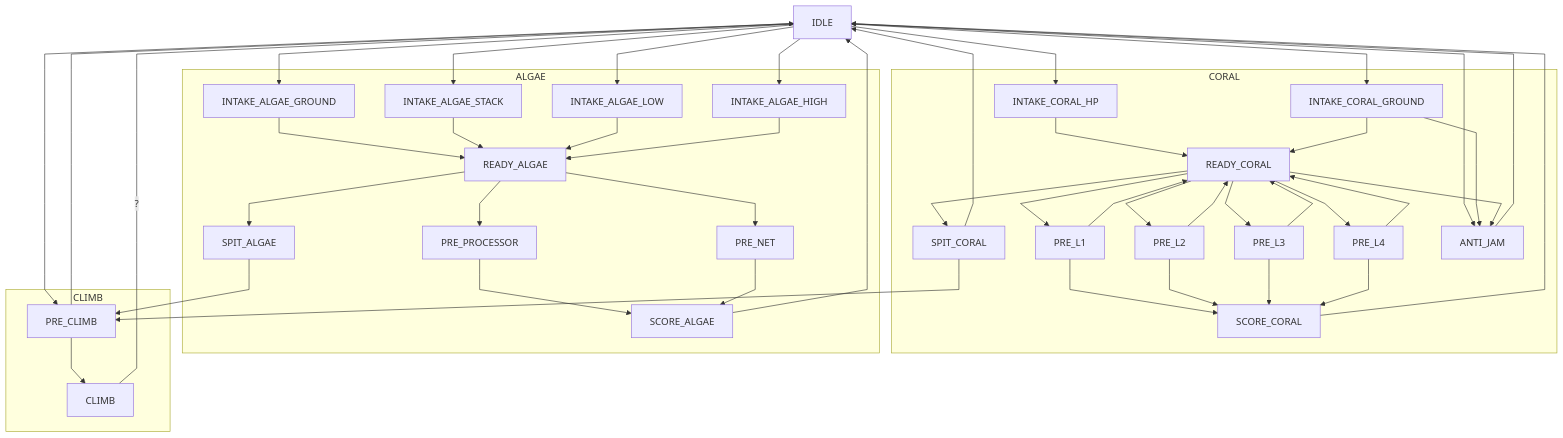
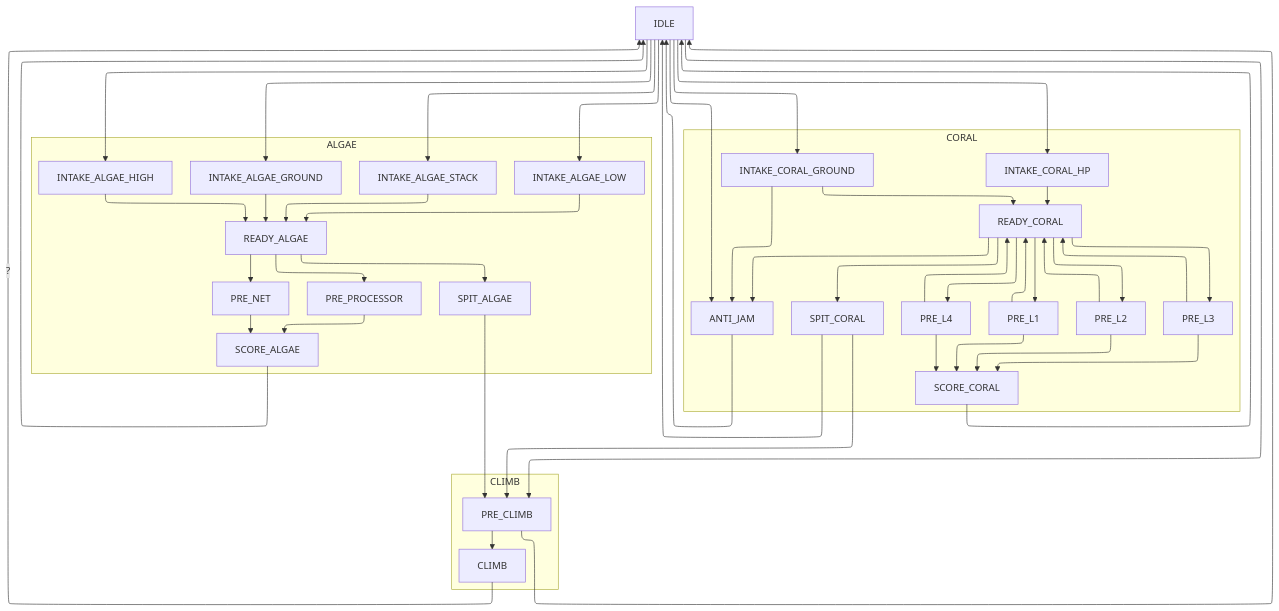
One commit to HighlanderRobotics/Reefscape changed the diagram in notes/superstructure.md. Above: the diagram before and after it, drawn with Mermaid.

Commit message:
change renderer to look nicer

````diff
--- a/notes/superstructure.md
+++ b/notes/superstructure.md
@@ -3,80 +3,80 @@
 ```mermaid
-%%{ init: { 'flowchart': { 'curve': 'linear' } } }%%
+%%{init: {"flowchart": {"defaultRenderer": "elk"}} }%%
 graph TD;
 
 IDLE
 
 IDLE --> INTAKE_CORAL_HP
 IDLE --> INTAKE_CORAL_GROUND
 SCORE_CORAL --> IDLE
 SPIT_CORAL --> IDLE
 
 subgraph CORAL
 
 INTAKE_CORAL_HP
 INTAKE_CORAL_GROUND
 INTAKE_CORAL_HP --> READY_CORAL
 INTAKE_CORAL_GROUND --> READY_CORAL
 
 READY_CORAL --> SPIT_CORAL
 
 READY_CORAL --> PRE_L1
 READY_CORAL --> PRE_L2
 READY_CORAL --> PRE_L3
 READY_CORAL --> PRE_L4
 
 SCORE_CORAL
 PRE_L1 --> SCORE_CORAL
 PRE_L2 --> SCORE_CORAL
 PRE_L3 --> SCORE_CORAL
 PRE_L4 --> SCORE_CORAL
 
 PRE_L1 --> READY_CORAL
 PRE_L2 --> READY_CORAL
 PRE_L3 --> READY_CORAL
 PRE_L4 --> READY_CORAL
 
 ANTI_JAM
 
 end
 
 IDLE --> INTAKE_ALGAE_GROUND
 IDLE --> INTAKE_ALGAE_STACK
 IDLE --> INTAKE_ALGAE_LOW
 IDLE --> INTAKE_ALGAE_HIGH
 
 SCORE_ALGAE --> IDLE
 
 subgraph ALGAE
 
 INTAKE_ALGAE_GROUND --> READY_ALGAE
 INTAKE_ALGAE_STACK --> READY_ALGAE
 INTAKE_ALGAE_LOW --> READY_ALGAE
 INTAKE_ALGAE_HIGH --> READY_ALGAE
 
 READY_ALGAE --> SPIT_ALGAE
 READY_ALGAE --> PRE_PROCESSOR
 READY_ALGAE --> PRE_NET
 
 PRE_PROCESSOR --> SCORE_ALGAE
 PRE_NET --> SCORE_ALGAE
 
 end
 
 IDLE --> ANTI_JAM
 ANTI_JAM --> IDLE
 INTAKE_CORAL_GROUND --> ANTI_JAM
 READY_CORAL --> ANTI_JAM
 
 IDLE --> PRE_CLIMB
 PRE_CLIMB --> IDLE
 CLIMB --"?"--> IDLE
 
 subgraph climb [CLIMB]
 
 SPIT_CORAL --> PRE_CLIMB
 SPIT_ALGAE --> PRE_CLIMB
 PRE_CLIMB --> CLIMB
 
 end
 ```
````
